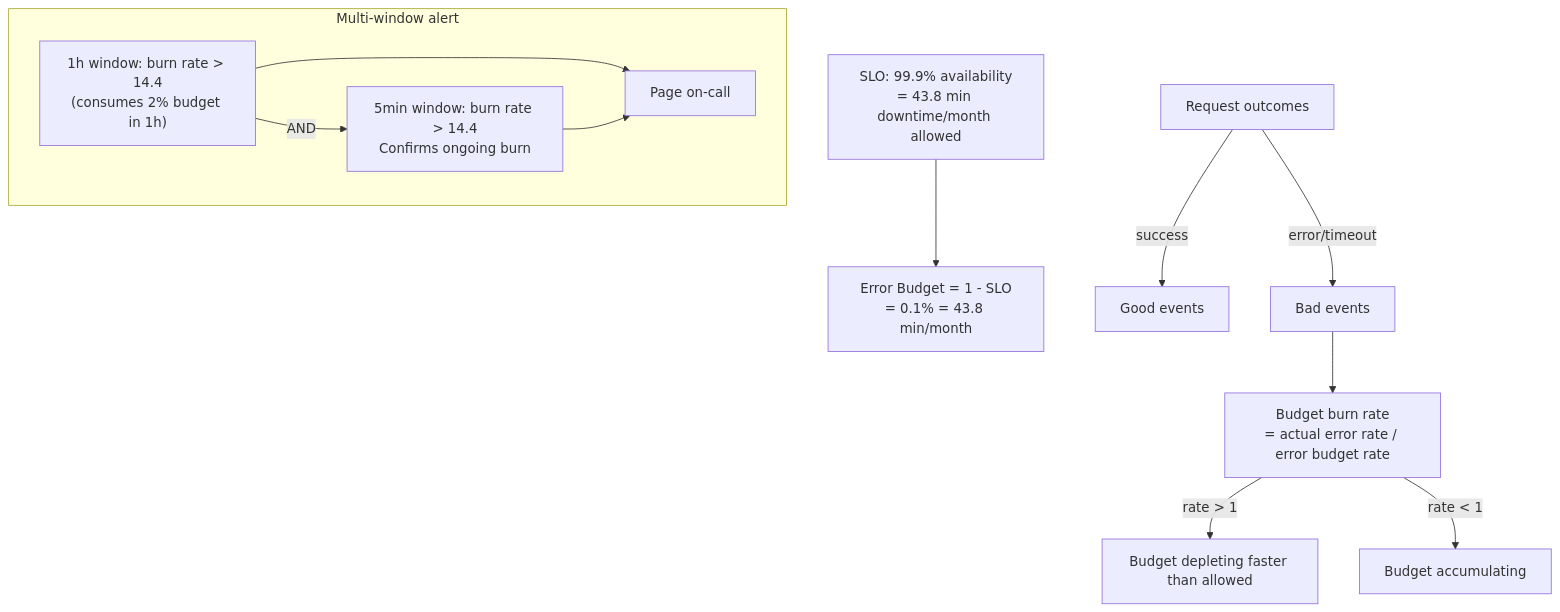
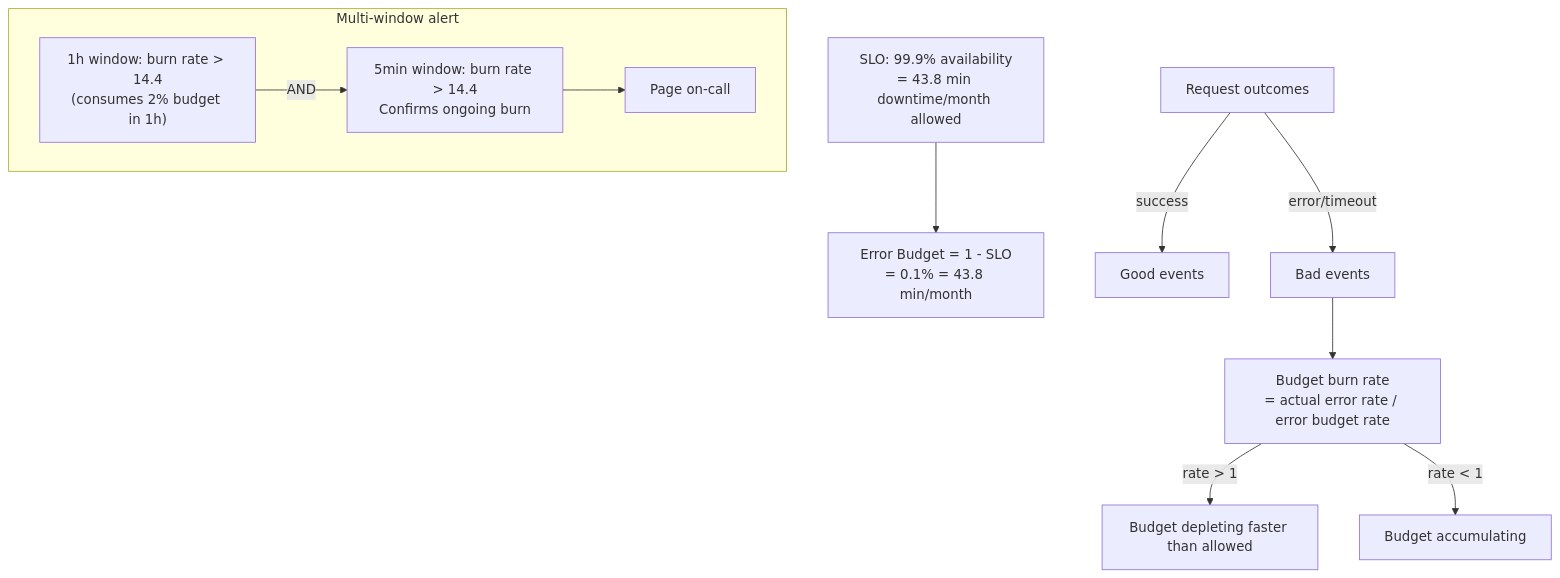
Before and after one commit to choisimo/document: diagram 16 of 29 in docs/books/cs-reference/miscellaneous-cs.md, drawn with Mermaid. The commit also changed other lines of this file and 4514 other files, not shown here.

Commit message:
- sequenceDiagram` 내 `;`로 끊기던 메시지/노트 문장 정리 - `stateDiagram` 라벨 내부 추가 `:`/`::` 구문 정리 - `flowchart`에서 줄 끝 `-->` 끊김 체인 정리 - `block-betting` 오타를 `block-beta`로 수정 - 엄격 파서에서 깨지던 수식/특수문자 라벨 일부 ASCII 정규화

````diff
--- a/docs/books/cs-reference/miscellaneous-cs.md
+++ b/docs/books/cs-reference/miscellaneous-cs.md
@@ -288,17 +286,16 @@
 ```mermaid
 flowchart TD
-    SLO["SLO: 99.9% availability\n= 43.8 min downtime/month allowed"] -->
-    EB["Error Budget = 1 - SLO\n= 0.1% = 43.8 min/month"]
+    SLO["SLO: 99.9% availability\n= 43.8 min downtime/month allowed"] --> EB["Error Budget = 1 - SLO\n= 0.1% = 43.8 min/month"]
 
     Request["Request outcomes"] -->|success| Good["Good events"]
     Request -->|error/timeout| Bad["Bad events"]
     Bad --> Burn["Budget burn rate\n= actual error rate / error budget rate"]
 
     Burn -->|rate > 1| Depleting["Budget depleting faster than allowed"]
     Burn -->|rate < 1| Accumulate["Budget accumulating"]
 
     subgraph "Multi-window alert"
         MWA1["1h window: burn rate > 14.4\n(consumes 2% budget in 1h)"] -->|AND| MWA2["5min window: burn rate > 14.4\nConfirms ongoing burn"]
-        MWA1 & MWA2 --> Page["Page on-call"]
+        MWA2 --> Page["Page on-call"]
     end
 ```
````
